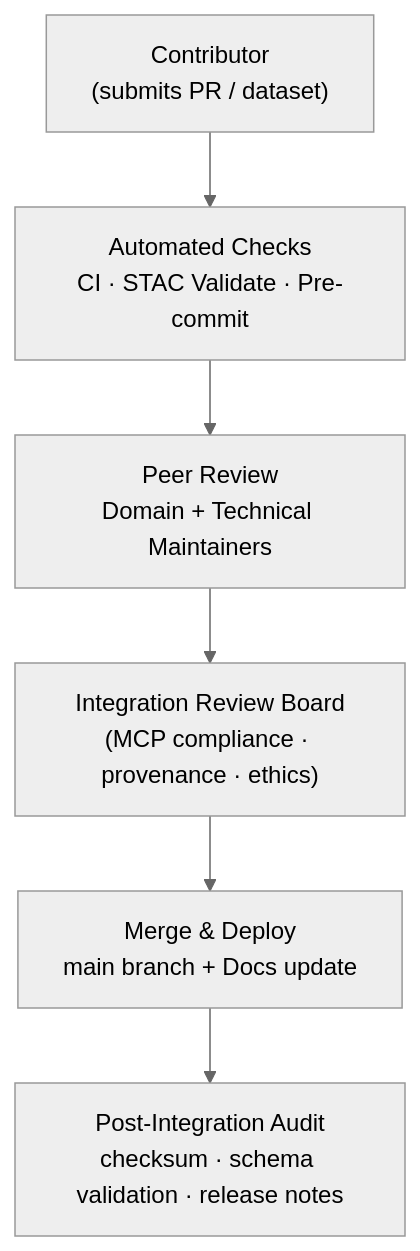
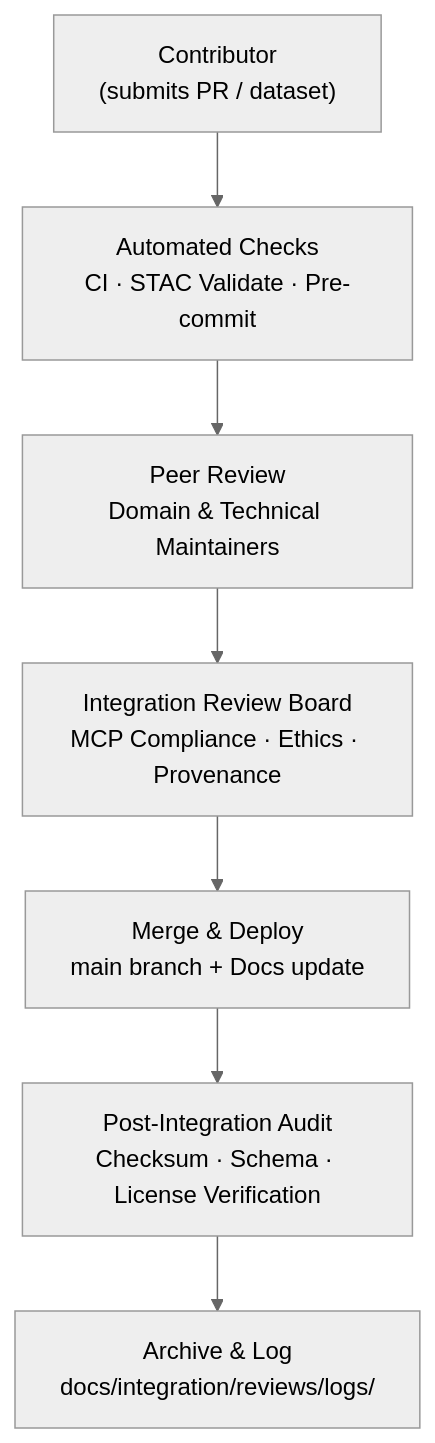
The diagram in docs/integration/reviews/README.md (bartytime4life/Kansas-Frontier-Matrix), drawn with Mermaid (neutral theme) before and after one commit. The commit also changed other lines of this file, not shown here.

````diff
--- a/docs/integration/reviews/README.md
+++ b/docs/integration/reviews/README.md
@@ -99,8 +108,9 @@
 ```mermaid
 flowchart TD
-    A["Contributor\n(submits PR / dataset)"] --> B["Automated Checks\nCI · STAC Validate · Pre-commit"]
-    B --> C["Peer Review\nDomain + Technical Maintainers"]
-    C --> D["Integration Review Board\n(MCP compliance · provenance · ethics)"]
-    D --> E["Merge & Deploy\nmain branch + Docs update"]
-    E --> F["Post-Integration Audit\nchecksum · schema validation · release notes"]
+    A["Contributor<br/>(submits PR / dataset)"] --> B["Automated Checks<br/>CI · STAC Validate · Pre-commit"]
+    B --> C["Peer Review<br/>Domain & Technical Maintainers"]
+    C --> D["Integration Review Board<br/>MCP Compliance · Ethics · Provenance"]
+    D --> E["Merge & Deploy<br/>main branch + Docs update"]
+    E --> F["Post-Integration Audit<br/>Checksum · Schema · License Verification"]
+    F --> G["Archive & Log<br/>docs/integration/reviews/logs/"]
 ```
````
